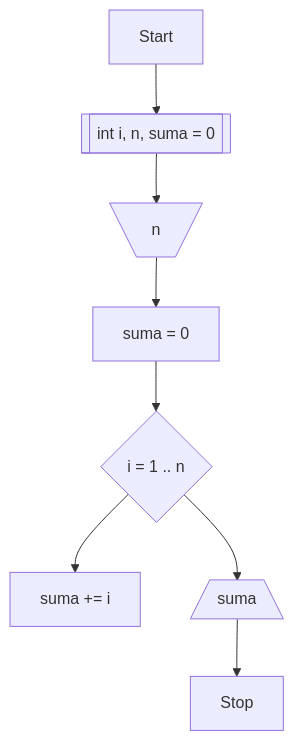
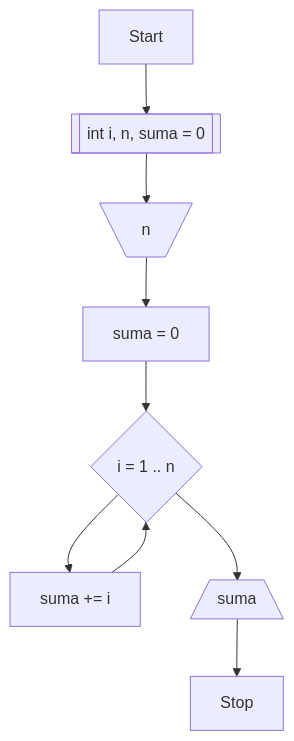
One commit to radlovacki/proba changed the diagram in zadatak.md. Above: the diagram before and after it, drawn with Mermaid.

````diff
--- a/zadatak.md
+++ b/zadatak.md
@@ -25,10 +25,11 @@
 ```mermaid
 flowchart TD
     Start --> id1[[int i, n, suma = 0]]
     id1 --> id2[\n/]
     id2 --> id3[suma = 0]
     id3 --> id4{i = 1 .. n}
     id4 --> id5[suma += i]
+    id5 --> id4
     id4 --> id6[/suma\]
     id6 --> id7[Stop]
 ```
````
